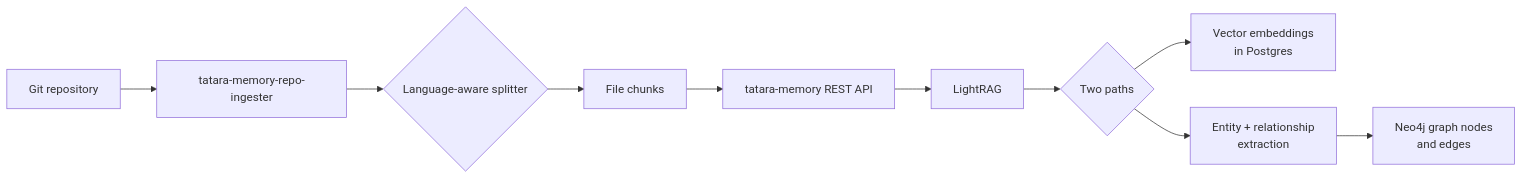
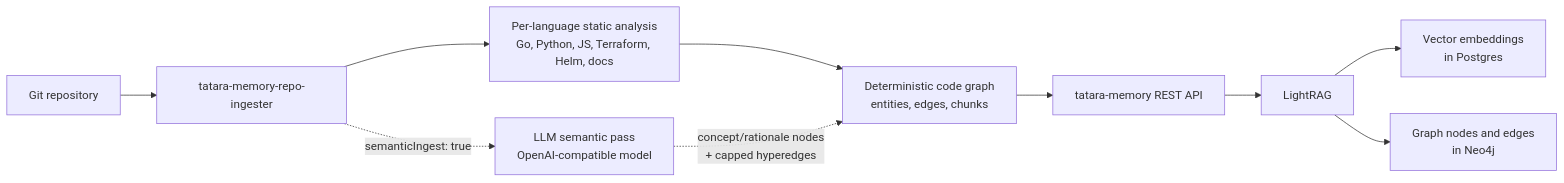
The diagram in docs/explainers/memory-graph.md (szymonrychu/tatara-documentation), drawn with Mermaid before and after one commit. The commit also changed other lines of this file and 44 other files, not shown here.

````diff
--- a/docs/explainers/memory-graph.md
+++ b/docs/explainers/memory-graph.md
@@ -15,12 +15,12 @@
 ```mermaid
 flowchart LR
     A[Git repository] --> B[tatara-memory-repo-ingester]
-    B --> C{Language-aware splitter}
-    C --> D[File chunks]
+    B --> C[Per-language static analysis<br/>Go, Python, JS, Terraform, Helm, docs]
+    C --> D[Deterministic code graph<br/>entities, edges, chunks]
+    B -. semanticIngest: true .-> S[LLM semantic pass<br/>OpenAI-compatible model]
+    S -. concept/rationale nodes<br/>+ capped hyperedges .-> D
     D --> E[tatara-memory REST API]
     E --> F[LightRAG]
-    F --> G{Two paths}
-    G --> H[Vector embeddings\nin Postgres]
-    G --> I[Entity + relationship\nextraction]
-    I --> J[Neo4j graph nodes\nand edges]
+    F --> G[Vector embeddings<br/>in Postgres]
+    F --> H[Graph nodes and edges<br/>in Neo4j]
 ```
````
